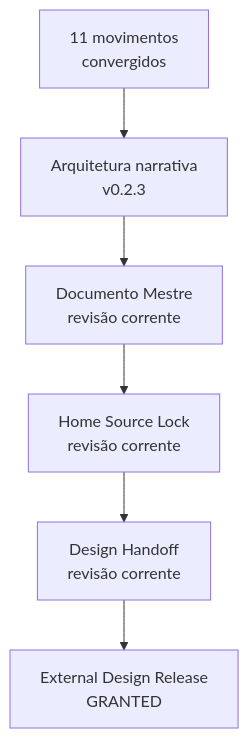
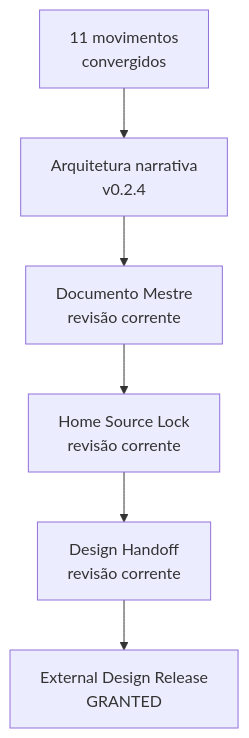
Before and after one commit to guivos-repositorio/Guivos-Knowledge-Repository: the eighth of 8 diagrams in docs/experience-architecture/public-home-intelligence-conceptual-architecture.md, drawn with Mermaid.

Commit message:
GKR: correct Intelligence narrative version in diagram

````diff
--- a/docs/experience-architecture/public-home-intelligence-conceptual-architecture.md
+++ b/docs/experience-architecture/public-home-intelligence-conceptual-architecture.md
@@ -904,8 +904,8 @@
 ```mermaid
 flowchart TD
-    A[11 movimentos\nconvergidos] --> B[Arquitetura narrativa\nv0.2.3]
+    A[11 movimentos\nconvergidos] --> B[Arquitetura narrativa\nv0.2.4]
     B --> C[Documento Mestre\nrevisão corrente]
     C --> D[Home Source Lock\nrevisão corrente]
     D --> E[Design Handoff\nrevisão corrente]
     E --> F[External Design Release\nGRANTED]
 ```
````
